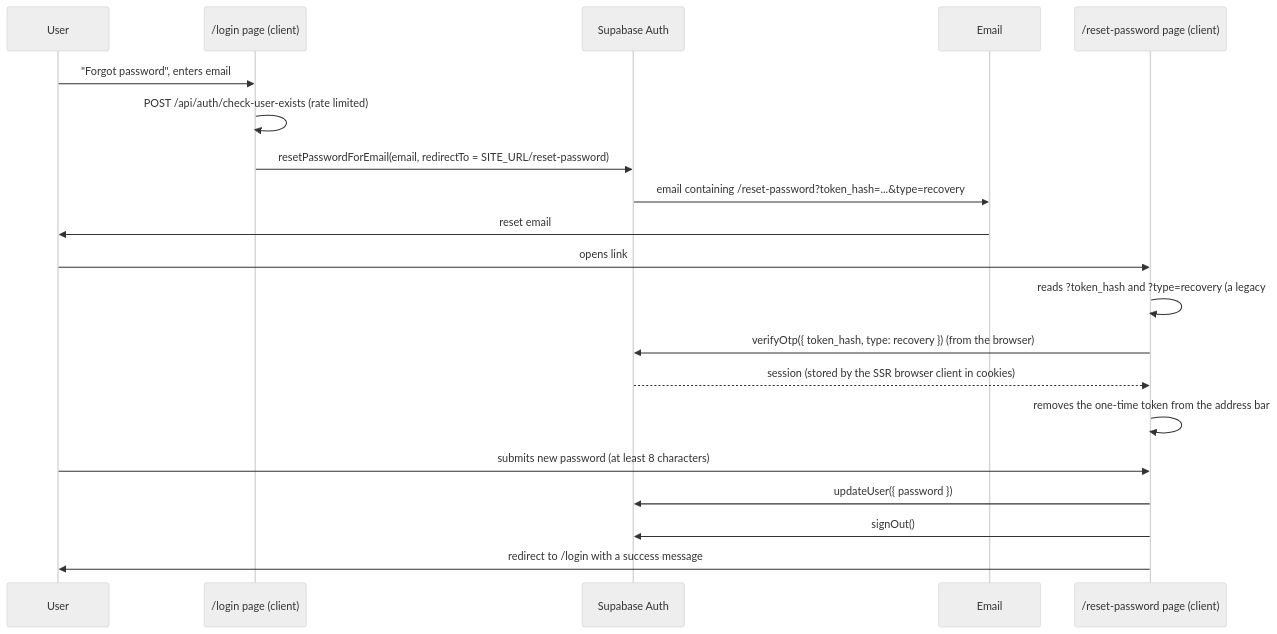
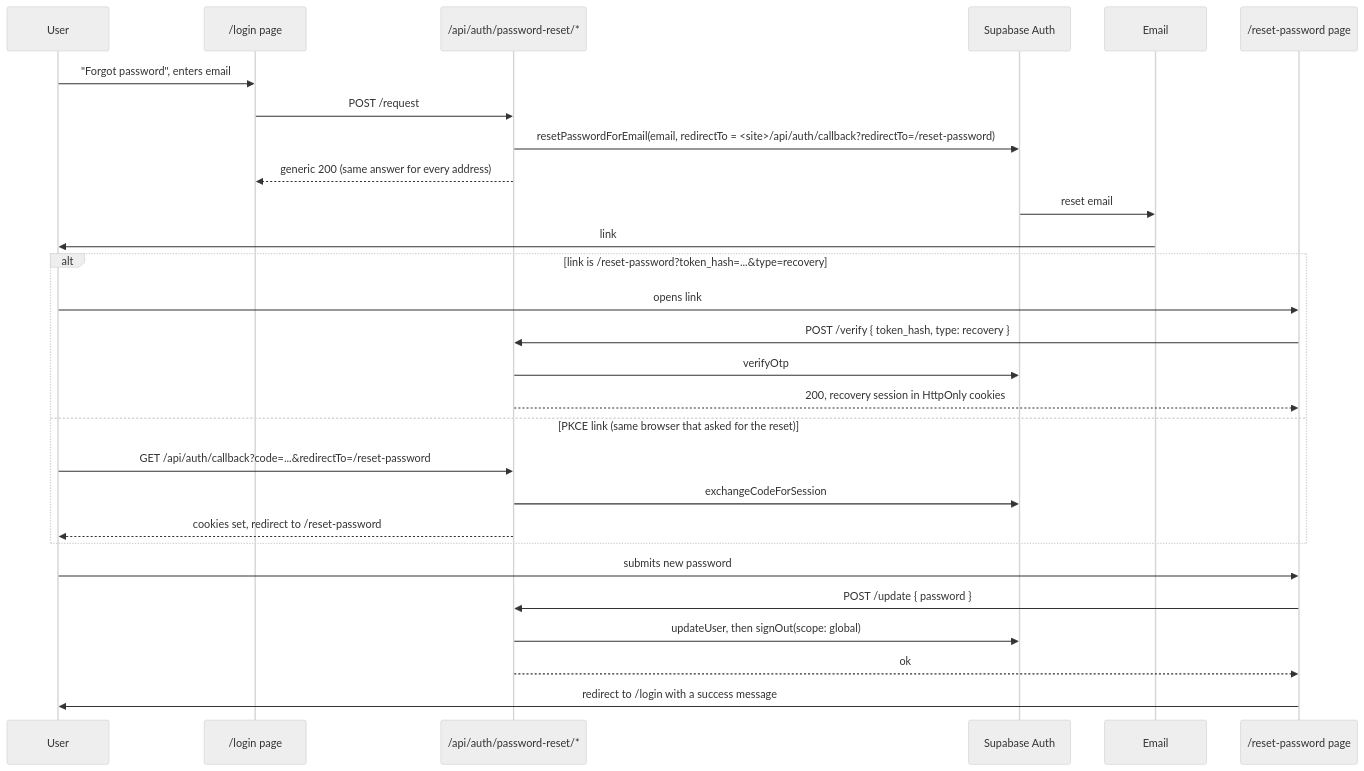
The diagram in my-app/docs/Password-reset.md (Ujjwaljain16/CampusSync), drawn with Mermaid (neutral theme) before and after one commit. The commit also changed other lines of this file and 10 other files, not shown here.

````diff
--- a/my-app/docs/Password-reset.md
+++ b/my-app/docs/Password-reset.md
@@ -19,23 +19,31 @@
 ```mermaid
 sequenceDiagram
     participant U as User
-    participant L as /login page (client)
+    participant L as /login page
+    participant API as /api/auth/password-reset/*
     participant S as Supabase Auth
     participant M as Email
-    participant R as /reset-password page (client)
+    participant R as /reset-password page
 
     U->>L: "Forgot password", enters email
-    L->>L: POST /api/auth/check-user-exists (rate limited)
-    L->>S: resetPasswordForEmail(email, redirectTo = SITE_URL/reset-password)
-    S->>M: email containing /reset-password?token_hash=...&type=recovery
-    M->>U: reset email
-    U->>R: opens link
-    R->>R: reads ?token_hash and ?type=recovery (a legacy #access_token link is rejected)
-    R->>S: verifyOtp({ token_hash, type: recovery })  (from the browser)
-    S-->>R: session (stored by the SSR browser client in cookies)
-    R->>R: removes the one-time token from the address bar
-    U->>R: submits new password (at least 8 characters)
-    R->>S: updateUser({ password })
-    R->>S: signOut()
+    L->>API: POST /request
+    API->>S: resetPasswordForEmail(email, redirectTo = <site>/api/auth/callback?redirectTo=/reset-password)
+    API-->>L: generic 200 (same answer for every address)
+    S->>M: reset email
+    M->>U: link
+    alt link is /reset-password?token_hash=...&type=recovery
+        U->>R: opens link
+        R->>API: POST /verify { token_hash, type: recovery }
+        API->>S: verifyOtp
+        API-->>R: 200, recovery session in HttpOnly cookies
+    else PKCE link (same browser that asked for the reset)
+        U->>API: GET /api/auth/callback?code=...&redirectTo=/reset-password
+        API->>S: exchangeCodeForSession
+        API-->>U: cookies set, redirect to /reset-password
+    end
+    U->>R: submits new password
+    R->>API: POST /update { password }
+    API->>S: updateUser, then signOut(scope: global)
+    API-->>R: ok
     R->>U: redirect to /login with a success message
 ```
````
